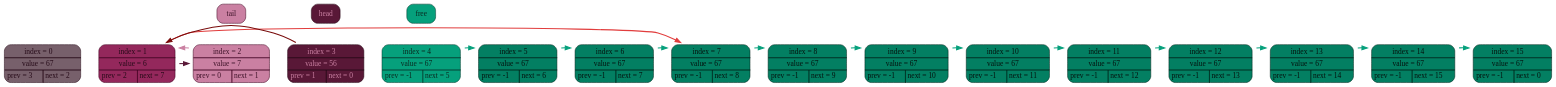
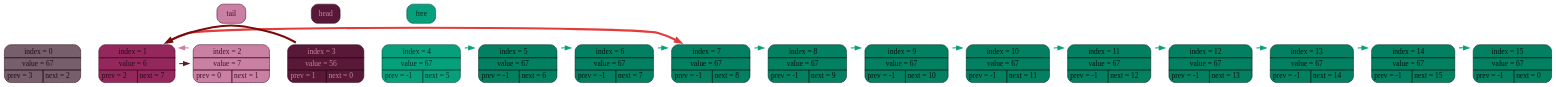
Before and after one commit to wuyterguy/DoublyLinkedList: the diagram in List_graphviz.dot, drawn with Graphviz. The commit also changed 38 other files, not shown here.

```diff
--- a/List_graphviz.dot
+++ b/List_graphviz.dot
@@ -211,34 +211,34 @@
 
 tail -> node2 [dir = forward, style = invis, penwidth=2, color = "#ca80a2"];
 
-node1 -> node2 [dir = forward, penwidth=2, color = "#591837", constraint = false];
-node1 -> node7 [dir = forward, penwidth=2, color = "#e13d3d", constraint = false];
+node1 -> node2 [dir = forward, penwidth = 2.000000, color = "#591837", constraint = false];
+node1 -> node7 [dir = forward, penwidth = 4.000000, color = "#e13d3d", constraint = false];
 
-node2 -> node1 [dir = forward, penwidth=2, color = "#ca80a2", constraint = false];
+node2 -> node1 [dir = forward, penwidth = 2.000000, color = "#ca80a2", constraint = false];
 
-node3 -> node1 [dir = forward, penwidth=2, color = "#780b0b", constraint = false];
+node3 -> node1 [dir = forward, penwidth = 4.000000, color = "#780b0b", constraint = false];
 
-node4 -> node5 [dir = forward, penwidth=2, color = "#06a07c", constraint = false];
+node4 -> node5 [dir = forward, penwidth = 2.000000, color = "#06a07c", constraint = false];
 
-node5 -> node6 [dir = forward, penwidth=2, color = "#06a07c", constraint = false];
+node5 -> node6 [dir = forward, penwidth = 2.000000, color = "#06a07c", constraint = false];
 
-node6 -> node7 [dir = forward, penwidth=2, color = "#06a07c", constraint = false];
+node6 -> node7 [dir = forward, penwidth = 2.000000, color = "#06a07c", constraint = false];
 
-node7 -> node8 [dir = forward, penwidth=2, color = "#06a07c", constraint = false];
+node7 -> node8 [dir = forward, penwidth = 2.000000, color = "#06a07c", constraint = false];
 
-node8 -> node9 [dir = forward, penwidth=2, color = "#06a07c", constraint = false];
+node8 -> node9 [dir = forward, penwidth = 2.000000, color = "#06a07c", constraint = false];
 
-node9 -> node10 [dir = forward, penwidth=2, color = "#06a07c", constraint = false];
+node9 -> node10 [dir = forward, penwidth = 2.000000, color = "#06a07c", constraint = false];
 
-node10 -> node11 [dir = forward, penwidth=2, color = "#06a07c", constraint = false];
+node10 -> node11 [dir = forward, penwidth = 2.000000, color = "#06a07c", constraint = false];
 
-node11 -> node12 [dir = forward, penwidth=2, color = "#06a07c", constraint = false];
+node11 -> node12 [dir = forward, penwidth = 2.000000, color = "#06a07c", constraint = false];
 
-node12 -> node13 [dir = forward, penwidth=2, color = "#06a07c", constraint = false];
+node12 -> node13 [dir = forward, penwidth = 2.000000, color = "#06a07c", constraint = false];
 
-node13 -> node14 [dir = forward, penwidth=2, color = "#06a07c", constraint = false];
+node13 -> node14 [dir = forward, penwidth = 2.000000, color = "#06a07c", constraint = false];
 
-node14 -> node15 [dir = forward, penwidth=2, color = "#06a07c", constraint = false];
+node14 -> node15 [dir = forward, penwidth = 2.000000, color = "#06a07c", constraint = false];
 
 
 }
```
